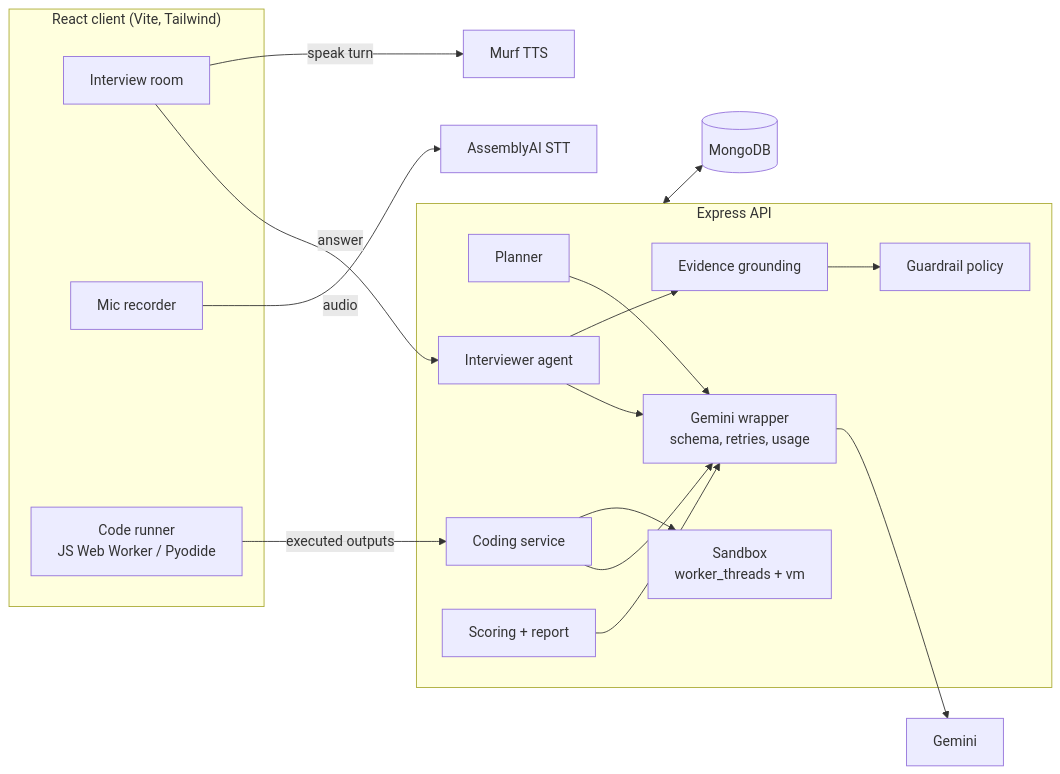
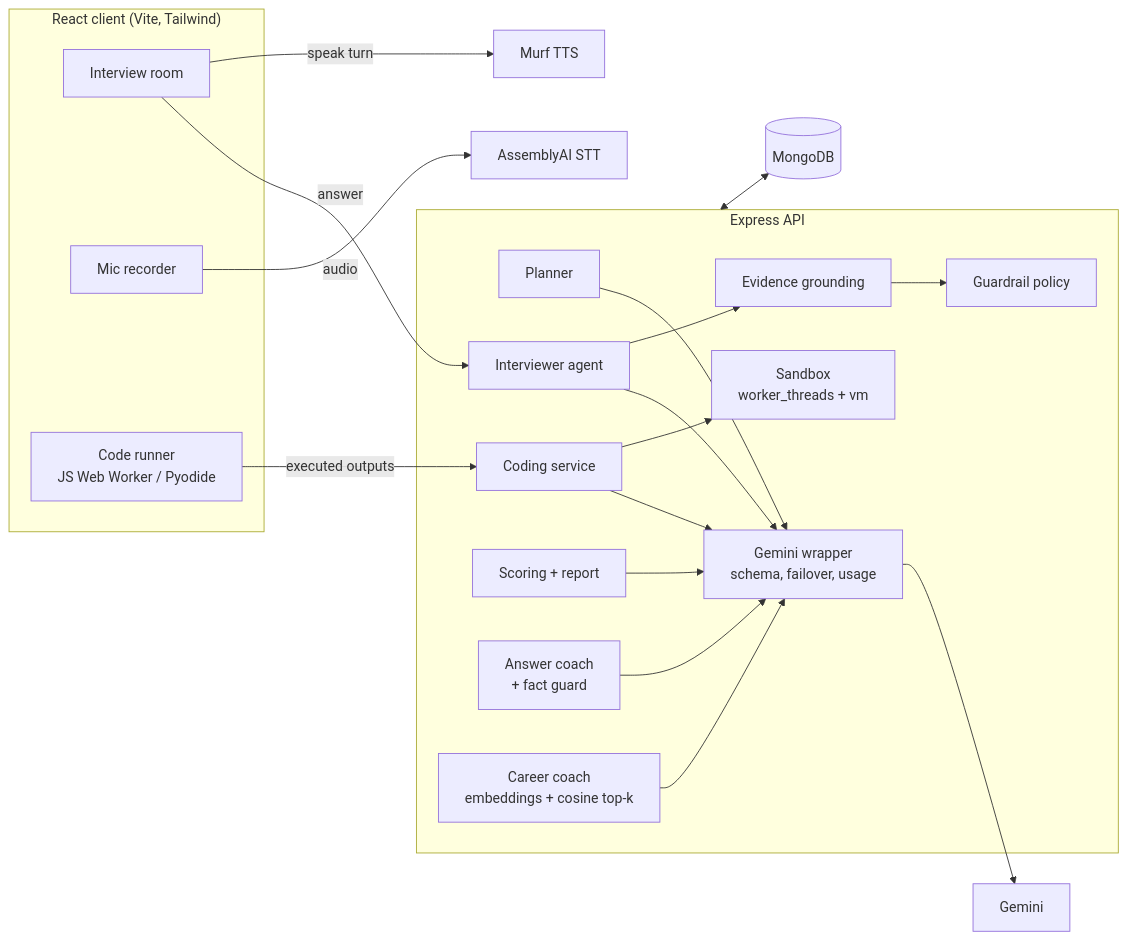
The diagram in README.md (krishnnavarun/InterviewNest), drawn with Mermaid before and after one commit. The commit also changed other lines of this file and 53 other files, not shown here.

````diff
--- a/README.md
+++ b/README.md
@@ -29,36 +33,40 @@
 ```mermaid
 flowchart LR
     subgraph Browser["React client (Vite, Tailwind)"]
         UI[Interview room]
         REC[Mic recorder]
         RUN["Code runner<br/>JS Web Worker / Pyodide"]
     end
 
     subgraph API["Express API"]
         PLAN[Planner]
         AGENT[Interviewer agent]
         POLICY[Guardrail policy]
         GROUND[Evidence grounding]
         CODE[Coding service]
         SANDBOX["Sandbox<br/>worker_threads + vm"]
         REPORT["Scoring + report"]
-        LLM["Gemini wrapper<br/>schema, retries, usage"]
+        COACH["Answer coach<br/>+ fact guard"]
+        RAG["Career coach<br/>embeddings + cosine top-k"]
+        LLM["Gemini wrapper<br/>schema, failover, usage"]
     end
 
     DB[(MongoDB)]
     GEM[Gemini]
     STT[AssemblyAI STT]
     TTS[Murf TTS]
 
     UI -- answer --> AGENT
     REC -- audio --> STT
     AGENT --> LLM --> GEM
     AGENT --> GROUND --> POLICY
     PLAN --> LLM
     CODE --> LLM
     CODE --> SANDBOX
     RUN -- executed outputs --> CODE
     REPORT --> LLM
+    COACH --> LLM
+    RAG --> LLM
     UI -- speak turn --> TTS
     API <--> DB
 ```
````
